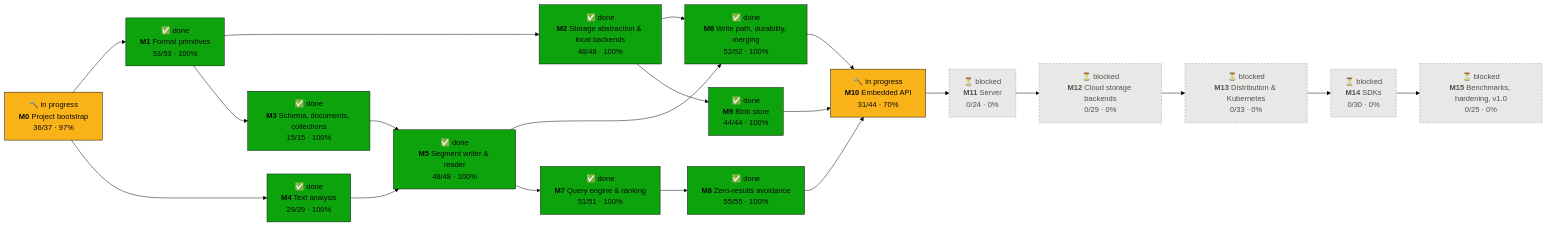
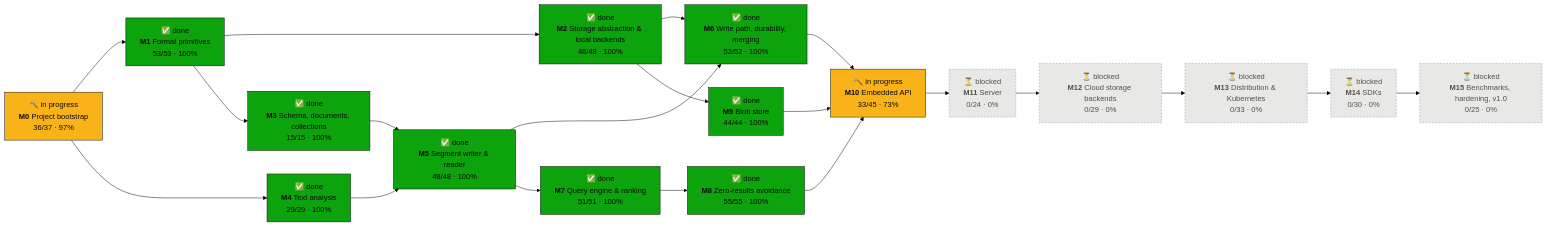
Before and after one commit to tomiok/persiaDB: the first of 2 diagrams in PROGRESS.md, drawn with Mermaid (forest theme). The commit also changed other lines of this file and 38 other files, not shown here.

First line of the commit message:
CLI follow-ups: a caller's mismatched BlobRef is InvalidArgument, persia gc with registered analyzers (ROADMAP 10.1.33, 10.4.7) (#134)

````diff
--- a/PROGRESS.md
+++ b/PROGRESS.md
@@ -16,42 +16,42 @@
 ```mermaid
 flowchart LR
   M0["🔨 in progress<br/><b>M0</b> Project bootstrap<br/>36/37 · 97%"]:::doing
   M1["✅ done<br/><b>M1</b> Format primitives<br/>53/53 · 100%"]:::done
   M2["✅ done<br/><b>M2</b> Storage abstraction & local backends<br/>48/48 · 100%"]:::done
   M3["✅ done<br/><b>M3</b> Schema, documents, collections<br/>15/15 · 100%"]:::done
   M4["✅ done<br/><b>M4</b> Text analysis<br/>29/29 · 100%"]:::done
   M5["✅ done<br/><b>M5</b> Segment writer & reader<br/>48/48 · 100%"]:::done
   M6["✅ done<br/><b>M6</b> Write path, durability, merging<br/>52/52 · 100%"]:::done
   M7["✅ done<br/><b>M7</b> Query engine & ranking<br/>51/51 · 100%"]:::done
   M8["✅ done<br/><b>M8</b> Zero-results avoidance<br/>55/55 · 100%"]:::done
   M9["✅ done<br/><b>M9</b> Blob store<br/>44/44 · 100%"]:::done
-  M10["🔨 in progress<br/><b>M10</b> Embedded API<br/>31/44 · 70%"]:::doing
+  M10["🔨 in progress<br/><b>M10</b> Embedded API<br/>33/45 · 73%"]:::doing
   M11["⏳ blocked<br/><b>M11</b> Server<br/>0/24 · 0%"]:::blocked
   M12["⏳ blocked<br/><b>M12</b> Cloud storage backends<br/>0/29 · 0%"]:::blocked
   M13["⏳ blocked<br/><b>M13</b> Distribution & Kubernetes<br/>0/33 · 0%"]:::blocked
   M14["⏳ blocked<br/><b>M14</b> SDKs<br/>0/30 · 0%"]:::blocked
   M15["⏳ blocked<br/><b>M15</b> Benchmarks, hardening, v1.0<br/>0/25 · 0%"]:::blocked
   M0 --> M1
   M1 --> M2
   M1 --> M3
   M0 --> M4
   M3 --> M5
   M4 --> M5
   M2 --> M6
   M5 --> M6
   M5 --> M7
   M7 --> M8
   M2 --> M9
   M6 --> M10
   M8 --> M10
   M9 --> M10
   M10 --> M11
   M11 --> M12
   M12 --> M13
   M13 --> M14
   M14 --> M15
   classDef done fill:#0ca30c,stroke:#0b0b0b,color:#0b0b0b
   classDef doing fill:#fab219,stroke:#0b0b0b,color:#0b0b0b
   classDef ready fill:#fcfcfb,stroke:#0b0b0b,stroke-width:2px,color:#0b0b0b
   classDef blocked fill:#e8e8e6,stroke:#9a9a96,stroke-dasharray:4 3,color:#52514e
 ```
````
